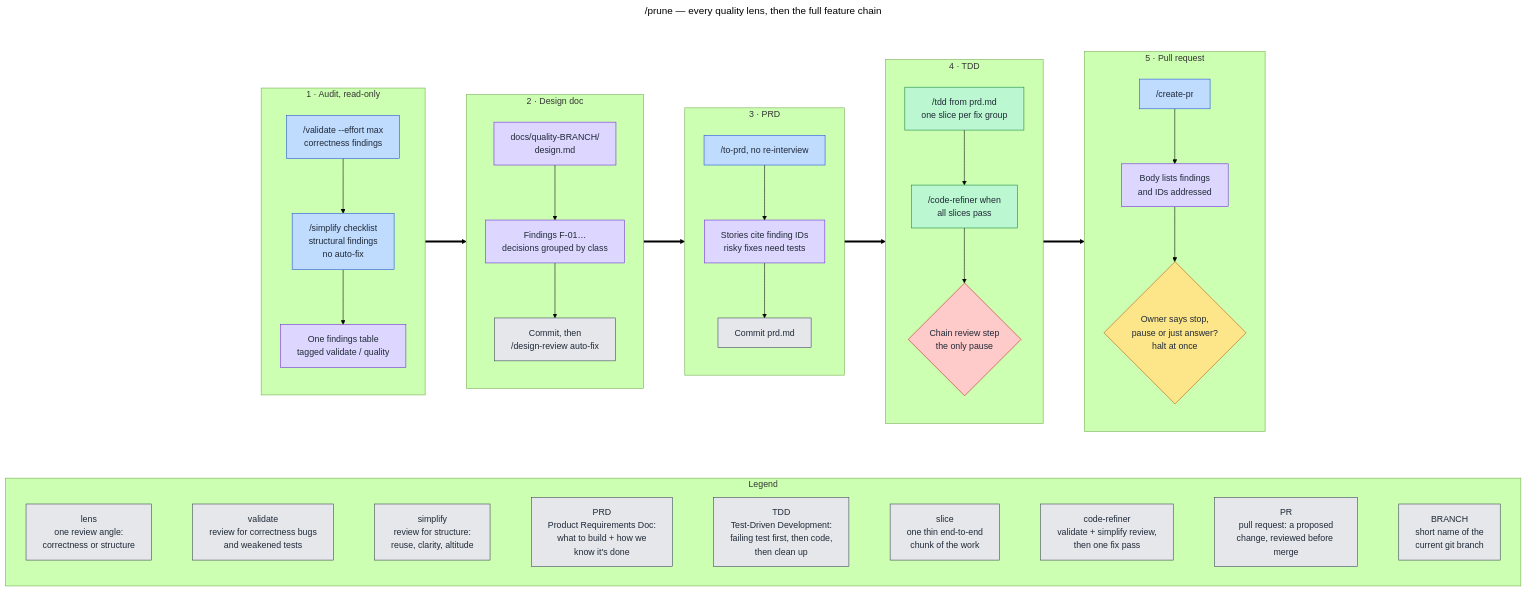
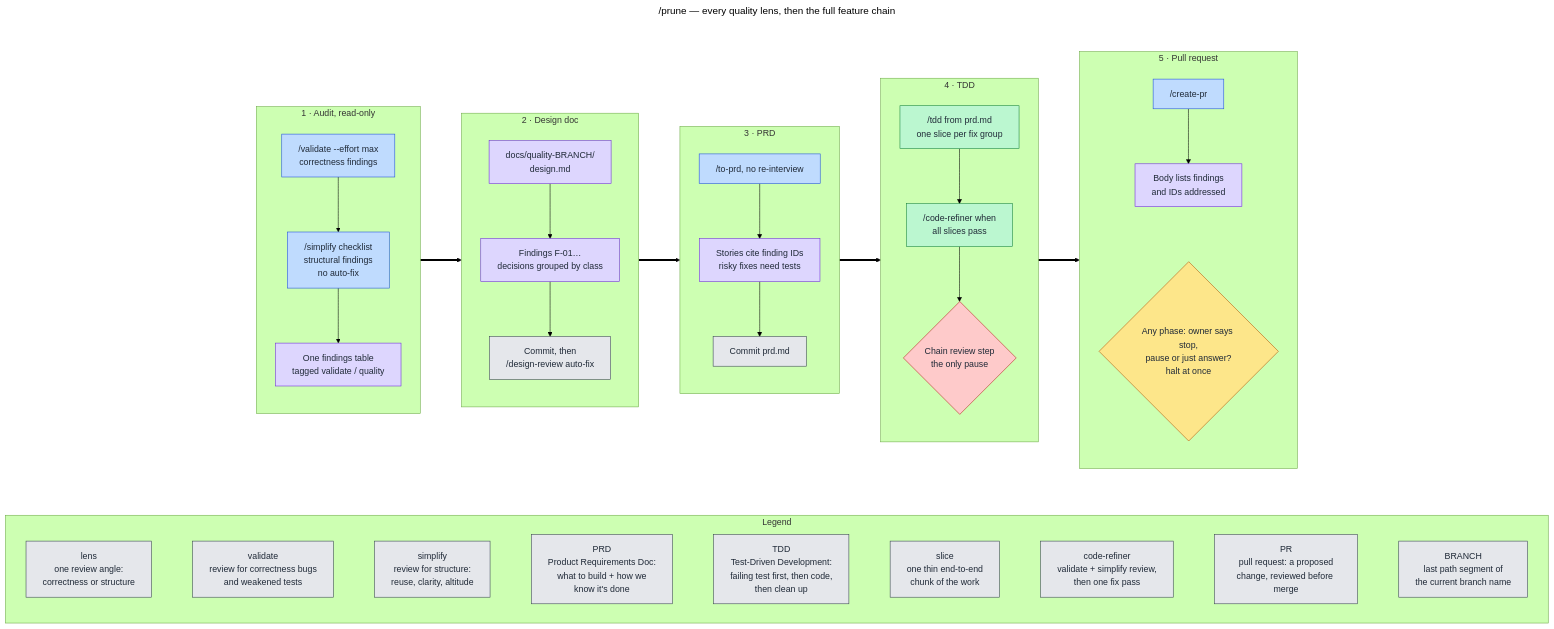
The diagram in docs/diagrams/src/prune.mmd (victusfate/scaffold), drawn with Mermaid (forest theme) before and after one commit. The commit also changed 21 other files, not shown here.

First line of the commit message:
docs(diagrams): accuracy fixes from a per-diagram source review

```diff
--- a/docs/diagrams/src/prune.mmd
+++ b/docs/diagrams/src/prune.mmd
@@ -1,76 +1,77 @@
 ---
 title: /prune — every quality lens, then the full feature chain
 ---
 flowchart TB
   classDef owner fill:#fde68a,stroke:#b45309,color:#1f2937
   classDef orch fill:#bfdbfe,stroke:#1d4ed8,color:#1f2937
   classDef state fill:#ddd6fe,stroke:#6d28d9,color:#1f2937
   classDef lane fill:#bbf7d0,stroke:#15803d,color:#1f2937
   classDef git fill:#e5e7eb,stroke:#374151,color:#1f2937
   classDef gate fill:#fecaca,stroke:#b91c1c,color:#1f2937
 
   %% Edges run between stage subgraphs (not inner nodes) so each stage keeps
   %% its own top-to-bottom direction and the whole image stays landscape.
 
   subgraph FLOW[" "]
   direction LR
 
   subgraph AUDIT["1 · Audit, read-only"]
     direction TB
     A1["/validate --effort max<br/>correctness findings"]:::orch
     A2["/simplify checklist<br/>structural findings<br/>no auto-fix"]:::orch
     A3["One findings table<br/>tagged validate / quality"]:::state
     A1 --> A2 --> A3
   end
 
   subgraph DESIGN["2 · Design doc"]
     direction TB
     D1["docs/quality-BRANCH/<br/>design.md"]:::state
     D2["Findings F-01…<br/>decisions grouped by class"]:::state
     D3["Commit, then<br/>/design-review auto-fix"]:::git
     D1 --> D2 --> D3
   end
 
   subgraph PRD["3 · PRD"]
     direction TB
     P1["/to-prd, no re-interview"]:::orch
     P2["Stories cite finding IDs<br/>risky fixes need tests"]:::state
     P3["Commit prd.md"]:::git
     P1 --> P2 --> P3
   end
 
   subgraph TDD["4 · TDD"]
     direction TB
     T1["/tdd from prd.md<br/>one slice per fix group"]:::lane
     T2["/code-refiner when<br/>all slices pass"]:::lane
     T3{"Chain review step<br/>the only pause"}:::gate
     T1 --> T2 --> T3
   end
 
   subgraph PR["5 · Pull request"]
     direction TB
     R1["/create-pr"]:::orch
     R2["Body lists findings<br/>and IDs addressed"]:::state
-    R3{"Owner says stop,<br/>pause or just answer?<br/>halt at once"}:::owner
-    R1 --> R2 --> R3
+    R3{"Any phase: owner says stop,<br/>pause or just answer?<br/>halt at once"}:::owner
+    R1 --> R2
+    R2 ~~~ R3
   end
 
   AUDIT ==> DESIGN ==> PRD ==> TDD ==> PR
   end
   style FLOW fill:none,stroke:none
 
   subgraph LEGEND["Legend"]
     direction LR
     L1["lens<br/>one review angle:<br/>correctness or structure"]:::git
     L2["validate<br/>review for correctness bugs<br/>and weakened tests"]:::git
     L3["simplify<br/>review for structure:<br/>reuse, clarity, altitude"]:::git
     L4["PRD<br/>Product Requirements Doc:<br/>what to build + how we<br/>know it's done"]:::git
     L5["TDD<br/>Test-Driven Development:<br/>failing test first, then code,<br/>then clean up"]:::git
     L6["slice<br/>one thin end-to-end<br/>chunk of the work"]:::git
     L7["code-refiner<br/>validate + simplify review,<br/>then one fix pass"]:::git
     L8["PR<br/>pull request: a proposed<br/>change, reviewed before merge"]:::git
-    L9["BRANCH<br/>short name of the<br/>current git branch"]:::git
+    L9["BRANCH<br/>last path segment of<br/>the current branch name"]:::git
     L1 ~~~ L2 ~~~ L3 ~~~ L4 ~~~ L5 ~~~ L6 ~~~ L7 ~~~ L8 ~~~ L9
   end
 
   FLOW ~~~ LEGEND
```
